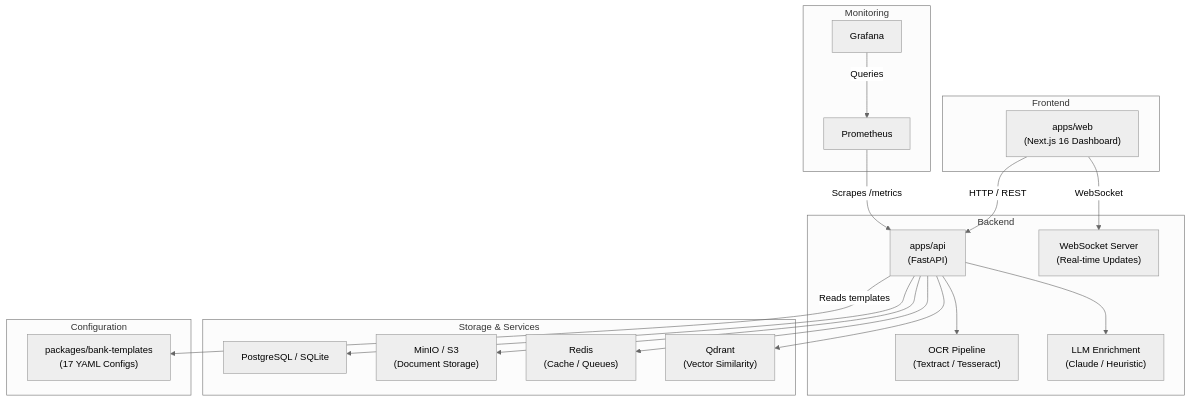
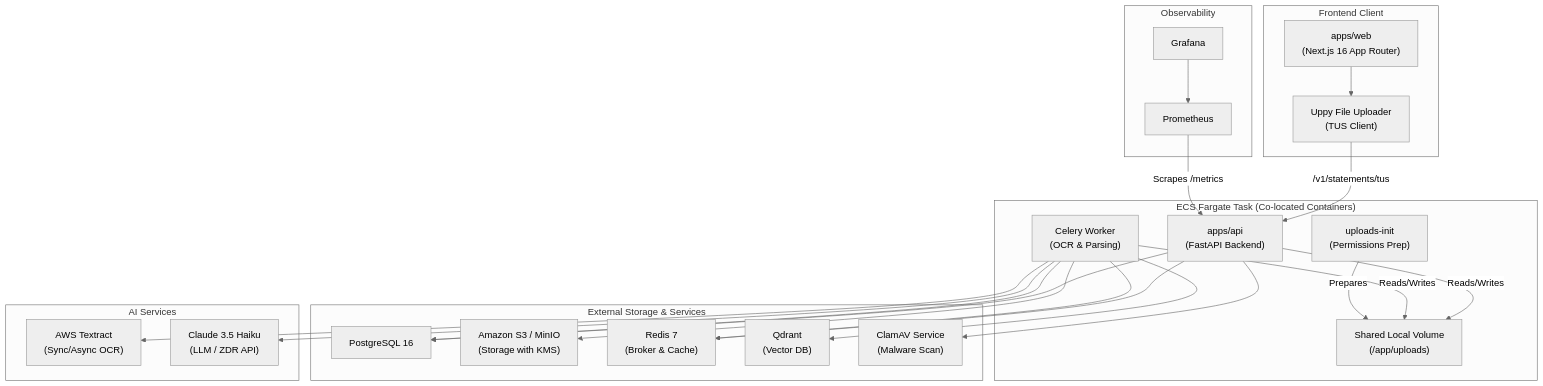
One commit to RathlavathArun/Bank_statement_scanner changed the first of 2 diagrams in README.md. Above: the diagram before and after it, drawn with Mermaid (neutral theme). The commit also changed other lines of this file and 13 other files, not shown here.

Commit message:
feat: add Celery workers, resumable TUS uploads, billing shutdown lambda, and update README

````diff
--- a/README.md
+++ b/README.md
@@ -58,41 +64,49 @@
 ```mermaid
 graph TD
-    subgraph "Frontend"
-        Web["apps/web<br/>(Next.js 16 Dashboard)"]
+    subgraph "Frontend Client"
+        Web["apps/web<br/>(Next.js 16 App Router)"]
+        Uppy["Uppy File Uploader<br/>(TUS Client)"]
     end
 
-    subgraph "Backend"
-        API["apps/api<br/>(FastAPI)"]
-        OCR["OCR Pipeline<br/>(Textract / Tesseract)"]
-        LLM["LLM Enrichment<br/>(Claude / Heuristic)"]
-        WS["WebSocket Server<br/>(Real-time Updates)"]
+    subgraph "ECS Fargate Task (Co-located Containers)"
+        API["apps/api<br/>(FastAPI Backend)"]
+        Celery["Celery Worker<br/>(OCR & Parsing)"]
+        Init["uploads-init<br/>(Permissions Prep)"]
+        Volume["Shared Local Volume<br/>(/app/uploads)"]
     end
 
-    subgraph "Storage & Services"
-        DB["PostgreSQL / SQLite"]
-        S3["MinIO / S3<br/>(Document Storage)"]
-        Redis["Redis<br/>(Cache / Queues)"]
-        Qdrant["Qdrant<br/>(Vector Similarity)"]
+    subgraph "External Storage & Services"
+        DB["PostgreSQL 16"]
+        S3["Amazon S3 / MinIO<br/>(Storage with KMS)"]
+        Redis["Redis 7<br/>(Broker & Cache)"]
+        Qdrant["Qdrant<br/>(Vector DB)"]
+        ClamAV["ClamAV Service<br/>(Malware Scan)"]
     end
 
-    subgraph "Configuration"
-        Templates["packages/bank-templates<br/>(17 YAML Configs)"]
+    subgraph "AI Services"
+        Textract["AWS Textract<br/>(Sync/Async OCR)"]
+        Claude["Claude 3.5 Haiku<br/>(LLM / ZDR API)"]
     end
 
-    subgraph "Monitoring"
+    subgraph "Observability"
         Prom["Prometheus"]
         Graf["Grafana"]
     end
 
-    Web -->|"HTTP / REST"| API
-    Web -->|"WebSocket"| WS
-    API --> OCR
-    API --> LLM
+    Web --> Uppy
+    Uppy -->|"/v1/statements/tus"| API
+    API -->|Reads/Writes| Volume
+    Celery -->|Reads/Writes| Volume
+    Init -->|Prepares| Volume
     API --> DB
-    API --> S3
     API --> Redis
-    API --> Qdrant
-    API -->|"Reads templates"| Templates
+    API --> ClamAV
+    Celery --> DB
+    Celery --> Redis
+    Celery --> Textract
+    Celery --> Claude
+    Celery --> Qdrant
+    Celery --> S3
     Prom -->|"Scrapes /metrics"| API
-    Graf -->|"Queries"| Prom
+    Graf --> Prom
 ```
````
